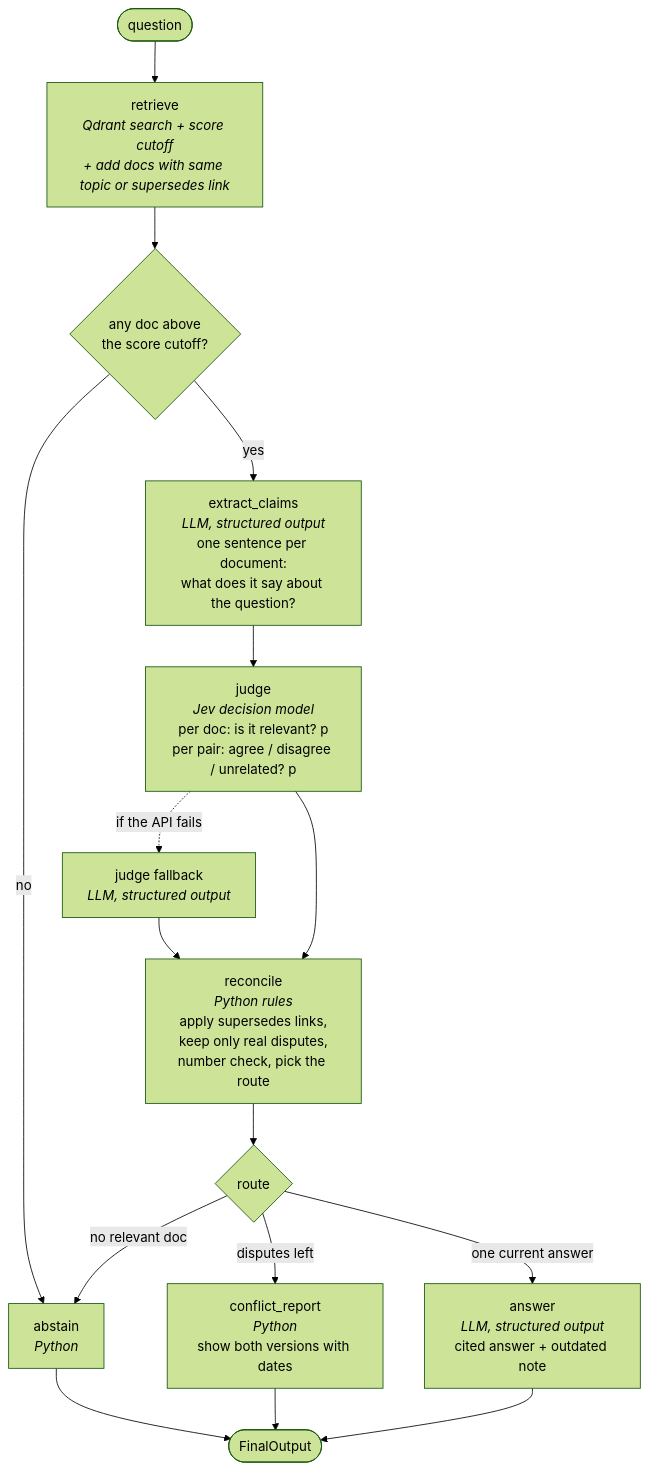
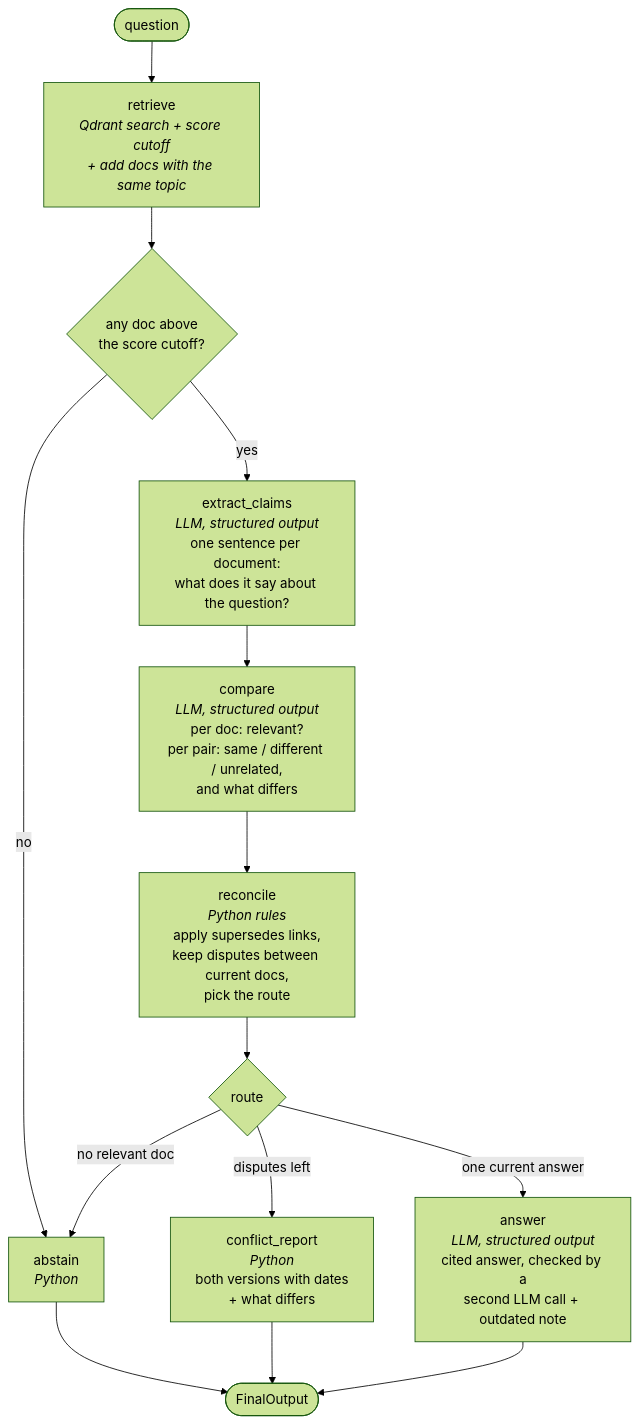
The diagram in docs/pipeline.md (chrzanowski000/AICONIC-CRAG), drawn with Mermaid (forest theme) before and after one commit. The commit also changed other lines of this file and 8 other files, not shown here.

Commit message:
docs: describe the LLM-only judge and the answer check

````diff
--- a/docs/pipeline.md
+++ b/docs/pipeline.md
@@ -20,18 +20,16 @@
 ```mermaid
 flowchart TD
-    START([question]) --> R[retrieve<br/><i>Qdrant search + score cutoff<br/>+ add docs with same topic or supersedes link</i>]
+    START([question]) --> R[retrieve<br/><i>Qdrant search + score cutoff<br/>+ add docs with the same topic</i>]
     R --> R1{any doc above<br/>the score cutoff?}
     R1 -- no --> AB[abstain<br/><i>Python</i>]
     R1 -- yes --> EC[extract_claims<br/><i>LLM, structured output</i><br/>one sentence per document:<br/>what does it say about the question?]
-    EC --> J[judge<br/><i>Jev decision model</i><br/>per doc: is it relevant? p<br/>per pair: agree / disagree / unrelated? p]
-    J -. if the API fails .-> JL[judge fallback<br/><i>LLM, structured output</i>]
-    JL --> RC
-    J --> RC[reconcile<br/><i>Python rules</i><br/>apply supersedes links,<br/>keep only real disputes,<br/>number check, pick the route]
+    EC --> CP[compare<br/><i>LLM, structured output</i><br/>per doc: relevant?<br/>per pair: same / different / unrelated,<br/>and what differs]
+    CP --> RC[reconcile<br/><i>Python rules</i><br/>apply supersedes links,<br/>keep disputes between current docs,<br/>pick the route]
     RC --> R2{route}
     R2 -- no relevant doc --> AB
-    R2 -- disputes left --> CR[conflict_report<br/><i>Python</i><br/>show both versions with dates]
-    R2 -- one current answer --> AN[answer<br/><i>LLM, structured output</i><br/>cited answer + outdated note]
+    R2 -- disputes left --> CR[conflict_report<br/><i>Python</i><br/>both versions with dates<br/>+ what differs]
+    R2 -- one current answer --> AN[answer<br/><i>LLM, structured output</i><br/>cited answer, checked by a<br/>second LLM call + outdated note]
     AB --> END([FinalOutput])
     CR --> END
     AN --> END
 ```
````
